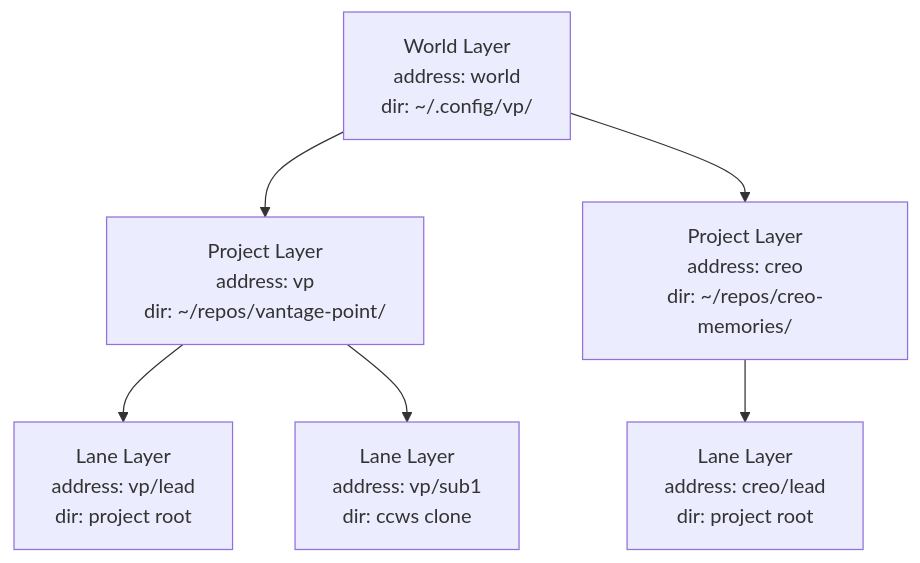
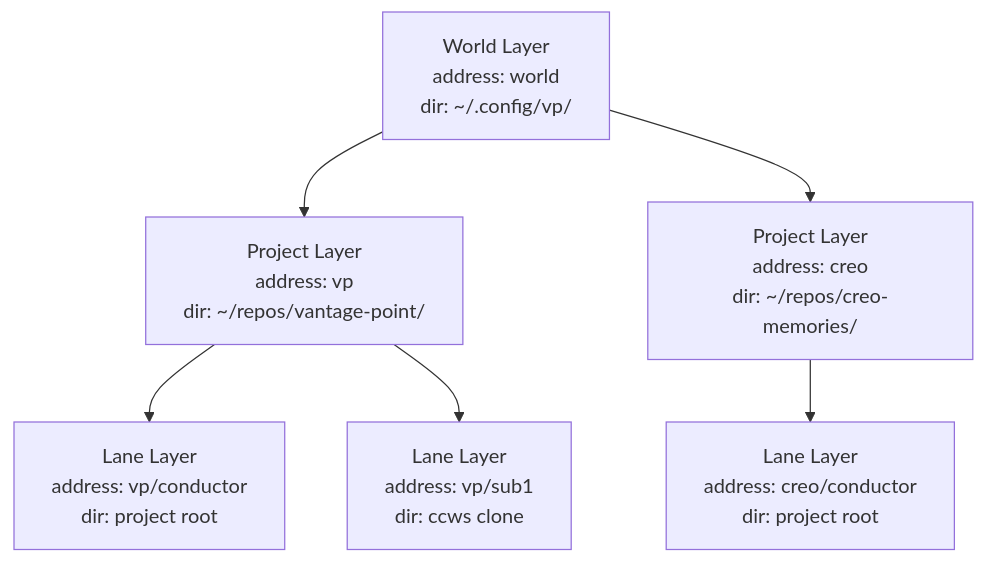
One commit to chronista-club/vantage-point changed the first of 2 diagrams in docs/design/12-stand-architecture.md. Above: the diagram before and after it, drawn with Mermaid. The commit also changed other lines of this file and 20 other files, not shown here.

First line of the commit message:
docs(lane): conductor/performer rename を docs に sync + relational framing 明記

````diff
--- a/docs/design/12-stand-architecture.md
+++ b/docs/design/12-stand-architecture.md
@@ -111,9 +111,9 @@
 ```mermaid
 graph TB
     W[World Layer<br/>address: world<br/>dir: ~/.config/vp/]
     W --> P1[Project Layer<br/>address: vp<br/>dir: ~/repos/vantage-point/]
     W --> P2[Project Layer<br/>address: creo<br/>dir: ~/repos/creo-memories/]
-    P1 --> L1[Lane Layer<br/>address: vp/lead<br/>dir: project root]
+    P1 --> L1[Lane Layer<br/>address: vp/conductor<br/>dir: project root]
     P1 --> L2[Lane Layer<br/>address: vp/sub1<br/>dir: ccws clone]
-    P2 --> L3[Lane Layer<br/>address: creo/lead<br/>dir: project root]
+    P2 --> L3[Lane Layer<br/>address: creo/conductor<br/>dir: project root]
 ```
````
